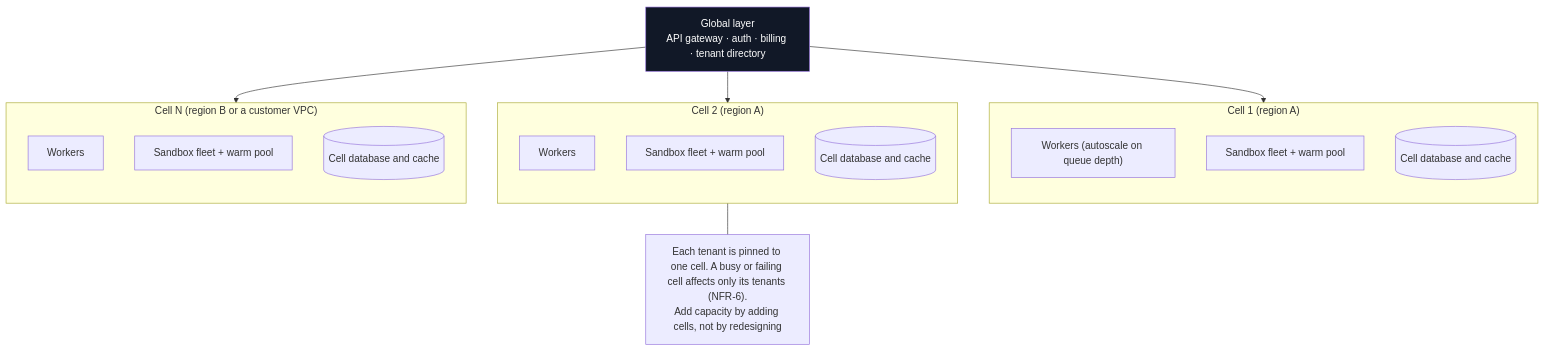
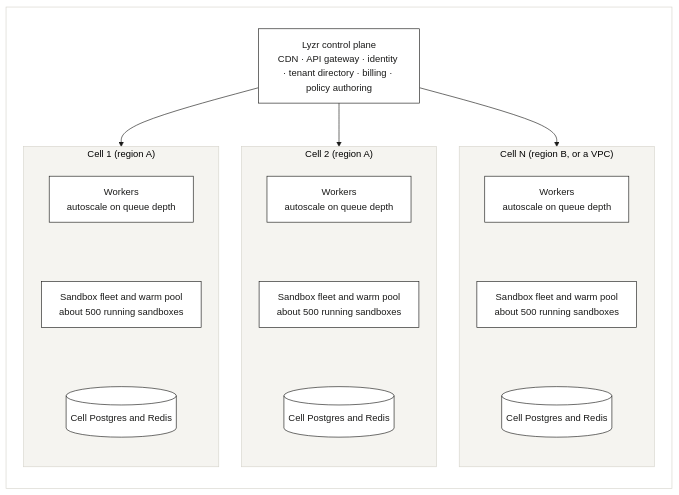
One commit to netanyaj/architect-2 changed the diagram in docs/product/diagrams/src/A6-scaling-cells.mmd. Above: the diagram before and after it, drawn with Mermaid. The commit also changed 64 other files, not shown here.

```diff
--- a/docs/product/diagrams/src/A6-scaling-cells.mmd
+++ b/docs/product/diagrams/src/A6-scaling-cells.mmd
@@ -1,25 +1,32 @@
+%%{init: {"theme":"base","themeVariables":{"fontFamily":"Arial","fontSize":"15px","primaryColor":"#FFFFFF","primaryBorderColor":"#1A1A19","primaryTextColor":"#1A1A19","lineColor":"#1A1A19","secondaryColor":"#FFFFFF","tertiaryColor":"#FFFFFF","clusterBkg":"#F5F4F0","clusterBorder":"#D6D4CC","edgeLabelBackground":"#FFFFFF","actorBkg":"#FFFFFF","actorBorder":"#1A1A19","actorTextColor":"#1A1A19","actorLineColor":"#A8A69F","signalColor":"#1A1A19","signalTextColor":"#1A1A19","noteBkgColor":"#F5F4F0","noteBorderColor":"#D6D4CC","noteTextColor":"#42413D","labelBoxBkgColor":"#FFFFFF","labelBoxBorderColor":"#1A1A19","labelTextColor":"#1A1A19","loopTextColor":"#1A1A19","activationBkgColor":"#F5F4F0","activationBorderColor":"#1A1A19","sequenceNumberColor":"#FFFFFF"},"flowchart":{"curve":"basis","padding":14,"nodeSpacing":36,"rankSpacing":44}}}%%
 flowchart TB
-  G["Global layer<br/>API gateway · auth · billing · tenant directory"]
-  G --> C1 & C2 & C3
-  subgraph C1["Cell 1 (region A)"]
+  %% A white card, so ink lines read on GitHub's dark theme too
+  subgraph CARD[" "]
     direction TB
-    w1["Workers (autoscale on queue depth)"]
-    s1["Sandbox fleet + warm pool"]
-    r1[("Cell database and cache")]
+    G["Lyzr control plane<br/>CDN · API gateway · identity · tenant directory · billing · policy authoring"]
+    subgraph C3["Cell N (region B, or a VPC)"]
+      direction TB
+      w3["Workers<br/>autoscale on queue depth"]
+      s3["Sandbox fleet and warm pool<br/>about 500 running sandboxes"]
+      r3[("Cell Postgres and Redis")]
+    end
+    subgraph C2["Cell 2 (region A)"]
+      direction TB
+      w2["Workers<br/>autoscale on queue depth"]
+      s2["Sandbox fleet and warm pool<br/>about 500 running sandboxes"]
+      r2[("Cell Postgres and Redis")]
+    end
+    subgraph C1["Cell 1 (region A)"]
+      direction TB
+      w1["Workers<br/>autoscale on queue depth"]
+      s1["Sandbox fleet and warm pool<br/>about 500 running sandboxes"]
+      r1[("Cell Postgres and Redis")]
+    end
+    w1 ~~~ s1 ~~~ r1
+    w2 ~~~ s2 ~~~ r2
+    w3 ~~~ s3 ~~~ r3
+    G --> C1
+    G --> C2
+    G --> C3
   end
-  subgraph C2["Cell 2 (region A)"]
-    direction TB
-    w2["Workers"]
-    s2["Sandbox fleet + warm pool"]
-    r2[("Cell database and cache")]
-  end
-  subgraph C3["Cell N (region B or a customer VPC)"]
-    direction TB
-    w3["Workers"]
-    s3["Sandbox fleet + warm pool"]
-    r3[("Cell database and cache")]
-  end
-  N["Each tenant is pinned to one cell. A busy or failing cell affects only its tenants (NFR-6).<br/>Add capacity by adding cells, not by redesigning"]
-  C2 --- N
-  classDef g fill:#111827,color:#fff;
-  class G g;
+  style CARD fill:#FFFFFF,stroke:#D6D4CC
```
